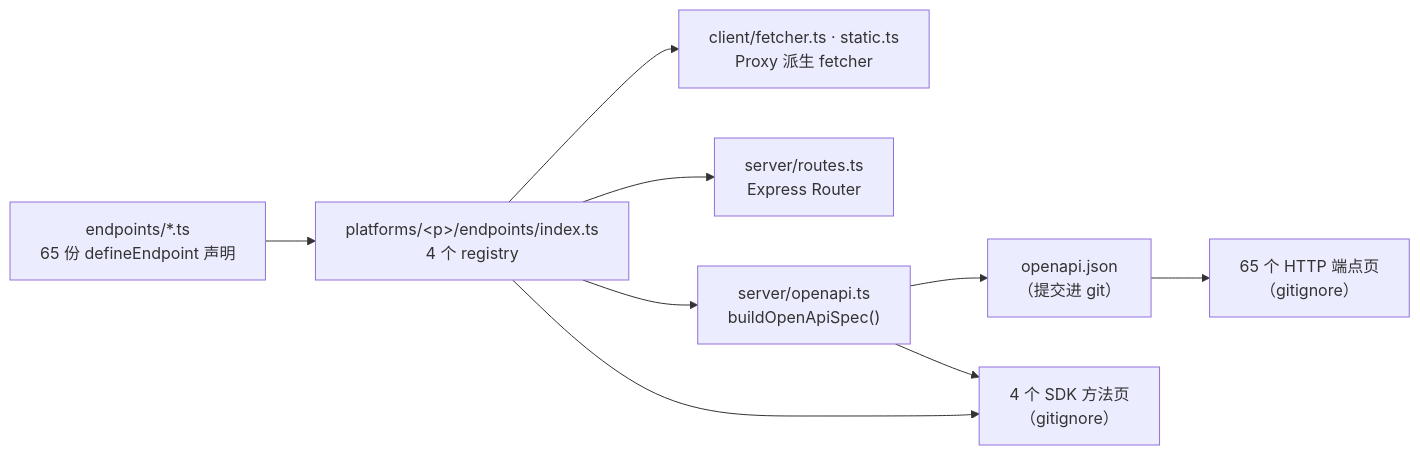
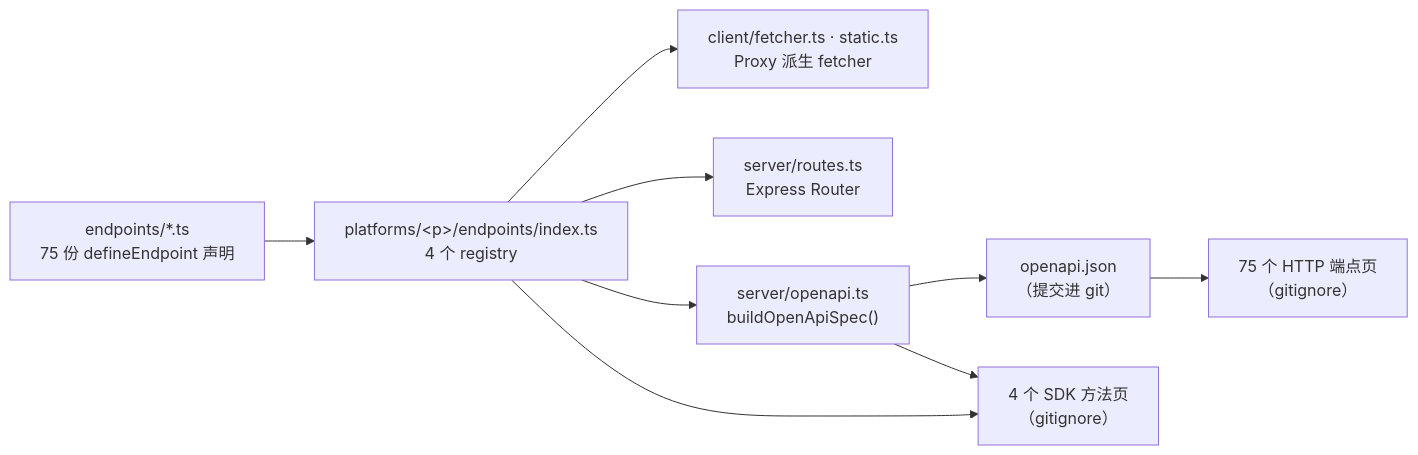
The diagram in packages/docs/content/docs/v7/dev/internals/registry.mdx (ikenxuan/amagi), drawn with Mermaid before and after one commit. The commit also changed other lines of this file and 289 other files, not shown here.

````diff
--- a/packages/docs/content/docs/v7/dev/internals/registry.mdx
+++ b/packages/docs/content/docs/v7/dev/internals/registry.mdx
@@ -75,19 +75,19 @@
 ```mermaid
 flowchart LR
-  D["endpoints/*.ts<br/>65 份 defineEndpoint 声明"]
+  D["endpoints/*.ts<br/>75 份 defineEndpoint 声明"]
   R["platforms/&lt;p&gt;/endpoints/index.ts<br/>4 个 registry"]
   F["client/fetcher.ts · static.ts<br/>Proxy 派生 fetcher"]
   S["server/routes.ts<br/>Express Router"]
   O["server/openapi.ts<br/>buildOpenApiSpec()"]
   J["openapi.json<br/>（提交进 git）"]
-  H["65 个 HTTP 端点页<br/>（gitignore）"]
+  H["75 个 HTTP 端点页<br/>（gitignore）"]
   K["4 个 SDK 方法页<br/>（gitignore）"]
   D --> R
   R --> F
   R --> S
   R --> O
   O --> J
   J --> H
   R --> K
   O --> K
 ```
````
